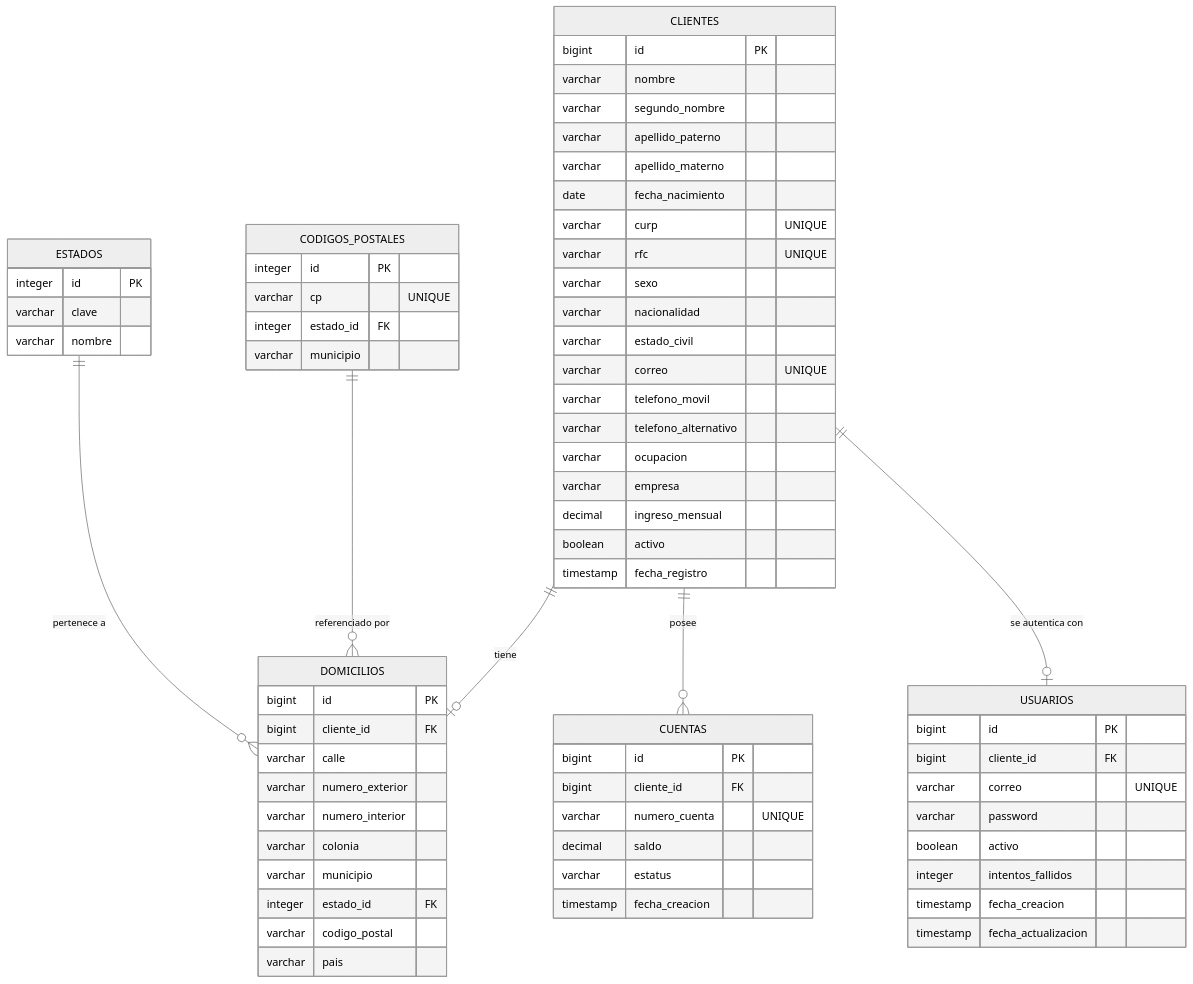
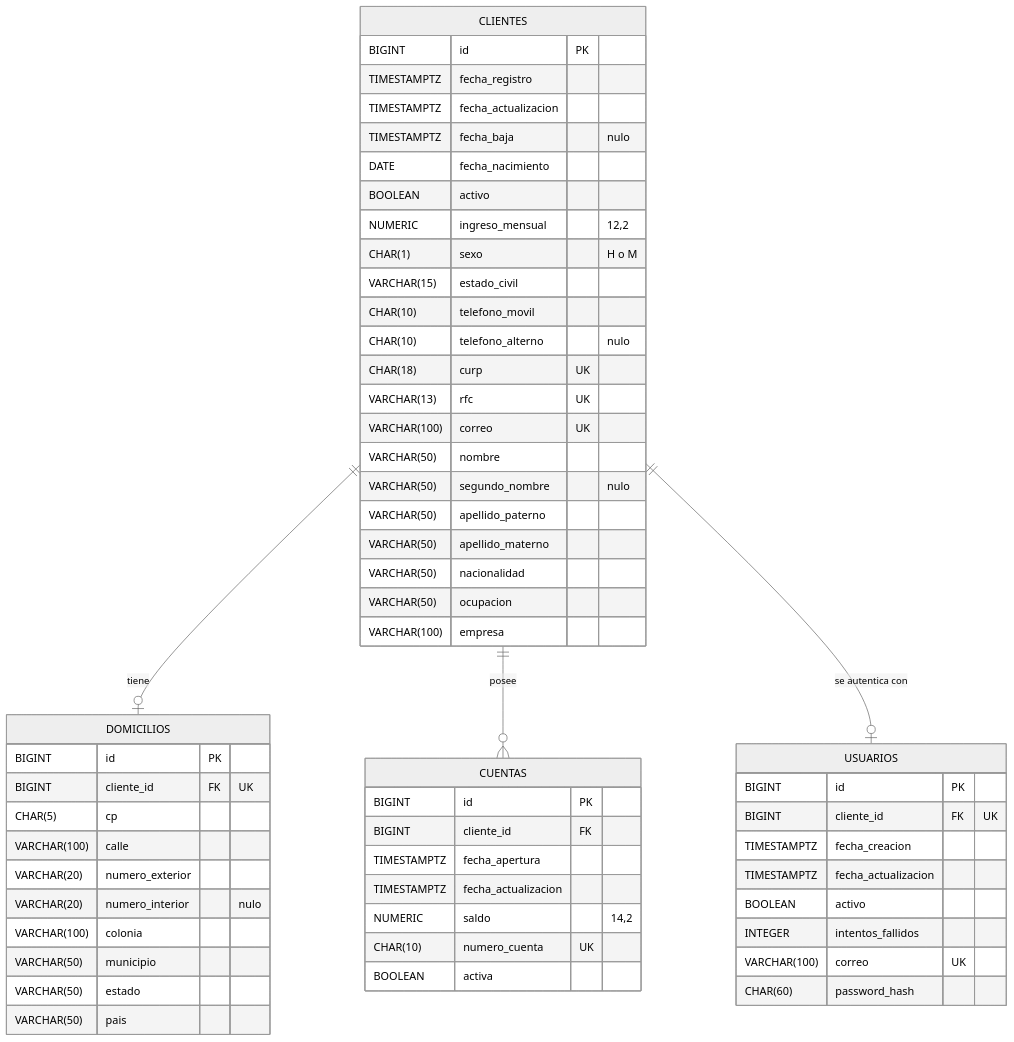
Before and after one commit to Manuel-Mata/pruebas-pwa: the diagram in README.md, drawn with Mermaid (neutral theme). The commit also changed other lines of this file, not shown here.

Commit message:
docs: actualizar README con correcciones arquitectonicas del ERD y Endpoints

````diff
--- a/README.md
+++ b/README.md
@@ -16,76 +17,64 @@
 ```mermaid
 erDiagram
     CLIENTES ||--o| DOMICILIOS : tiene
     CLIENTES ||--o{ CUENTAS : posee
     CLIENTES ||--o| USUARIOS : "se autentica con"
-    ESTADOS ||--o{ DOMICILIOS : "pertenece a"
-    CODIGOS_POSTALES ||--o{ DOMICILIOS : "referenciado por"
 
     CLIENTES {
-        bigint id PK
-        varchar nombre
-        varchar segundo_nombre
-        varchar apellido_paterno
-        varchar apellido_materno
-        date fecha_nacimiento
-        varchar curp "UNIQUE"
-        varchar rfc "UNIQUE"
-        varchar sexo
-        varchar nacionalidad
-        varchar estado_civil
-        varchar correo "UNIQUE"
-        varchar telefono_movil
-        varchar telefono_alternativo
-        varchar ocupacion
-        varchar empresa
-        decimal ingreso_mensual
-        boolean activo
-        timestamp fecha_registro
+        BIGINT id PK
+        TIMESTAMPTZ fecha_registro
+        TIMESTAMPTZ fecha_actualizacion
+        TIMESTAMPTZ fecha_baja "nulo"
+        DATE fecha_nacimiento
+        BOOLEAN activo
+        NUMERIC ingreso_mensual "12,2"
+        CHAR(1) sexo "H o M"
+        VARCHAR(15) estado_civil
+        CHAR(10) telefono_movil
+        CHAR(10) telefono_alterno "nulo"
+        CHAR(18) curp UK
+        VARCHAR(13) rfc UK
+        VARCHAR(100) correo UK
+        VARCHAR(50) nombre
+        VARCHAR(50) segundo_nombre "nulo"
+        VARCHAR(50) apellido_paterno
+        VARCHAR(50) apellido_materno
+        VARCHAR(50) nacionalidad
+        VARCHAR(50) ocupacion
+        VARCHAR(100) empresa
     }
 
     DOMICILIOS {
-        bigint id PK
-        bigint cliente_id FK
-        varchar calle
-        varchar numero_exterior
-        varchar numero_interior
-        varchar colonia
-        varchar municipio
-        integer estado_id FK
-        varchar codigo_postal
-        varchar pais
+        BIGINT id PK
+        BIGINT cliente_id FK "UK"
+        CHAR(5) cp
+        VARCHAR(100) calle
+        VARCHAR(20) numero_exterior
+        VARCHAR(20) numero_interior "nulo"
+        VARCHAR(100) colonia
+        VARCHAR(50) municipio
+        VARCHAR(50) estado
+        VARCHAR(50) pais
     }
 
     CUENTAS {
-        bigint id PK
-        bigint cliente_id FK
-        varchar numero_cuenta "UNIQUE"
-        decimal saldo
-        varchar estatus
-        timestamp fecha_creacion
+        BIGINT id PK
+        BIGINT cliente_id FK
+        TIMESTAMPTZ fecha_apertura
+        TIMESTAMPTZ fecha_actualizacion
+        NUMERIC saldo "14,2"
+        CHAR(10) numero_cuenta UK
+        BOOLEAN activa
     }
 
     USUARIOS {
-        bigint id PK
-        bigint cliente_id FK
-        varchar correo "UNIQUE"
-        varchar password
-        boolean activo
-        integer intentos_fallidos
-        timestamp fecha_creacion
-        timestamp fecha_actualizacion
-    }
-
-    ESTADOS {
-        integer id PK
-        varchar clave
-        varchar nombre
-    }
-
-    CODIGOS_POSTALES {
-        integer id PK
-        varchar cp "UNIQUE"
-        integer estado_id FK
-        varchar municipio
+        BIGINT id PK
+        BIGINT cliente_id FK "UK"
+        TIMESTAMPTZ fecha_creacion
+        TIMESTAMPTZ fecha_actualizacion
+        BOOLEAN activo
+        INTEGER intentos_fallidos
+        VARCHAR(100) correo UK
+        CHAR(60) password_hash
     }
 ```
````
